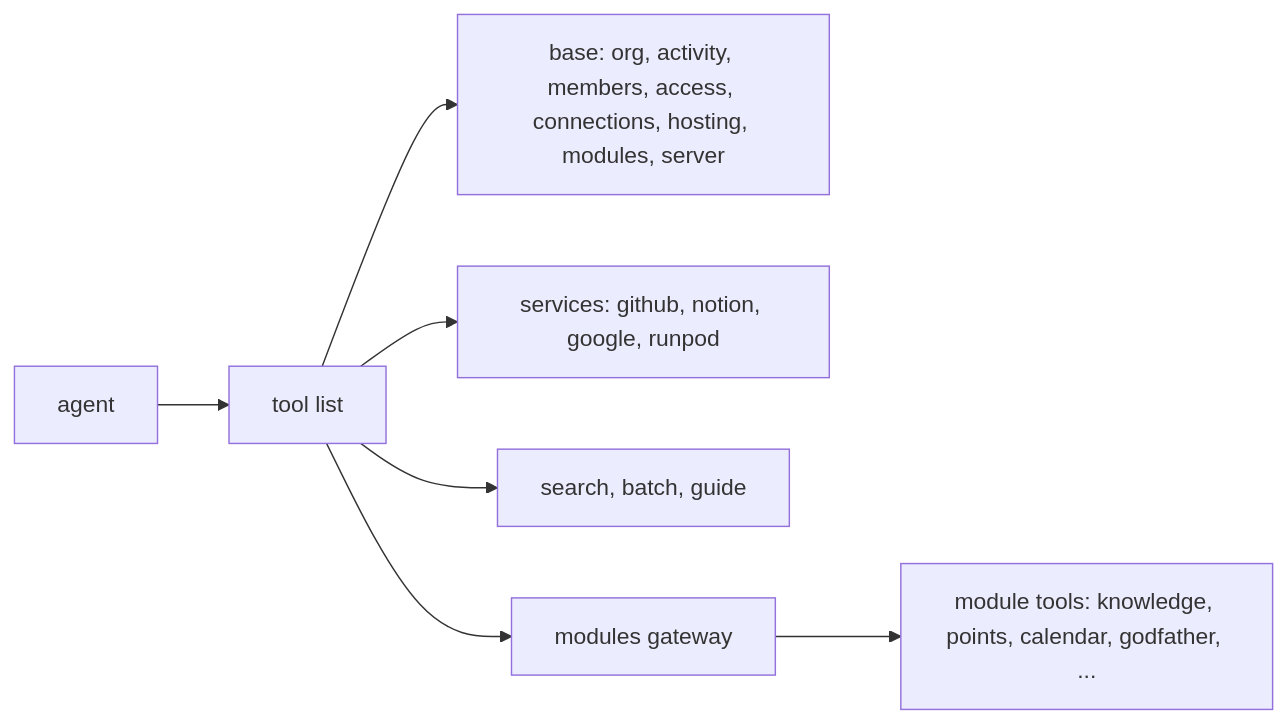
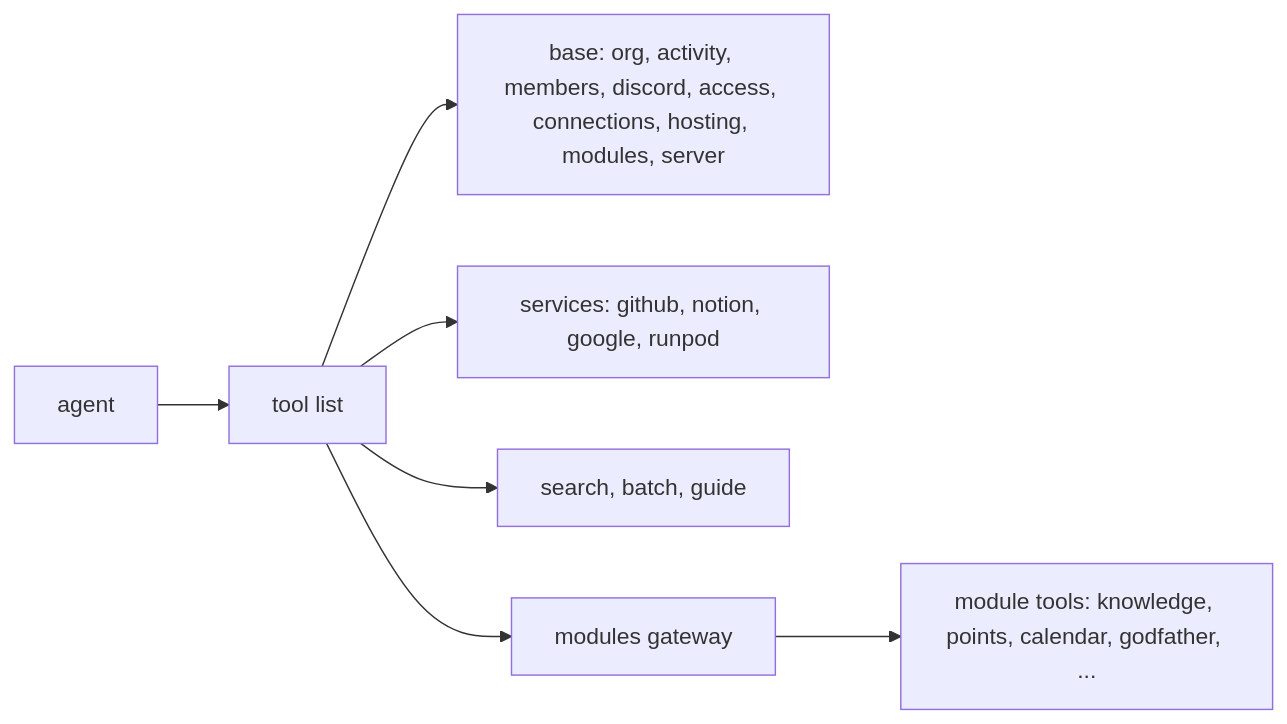
Before and after one commit to asusoda/platform: the diagram in skills/platform-mcp/SKILL.md, drawn with Mermaid. The commit also changed other lines of this file and 11 other files, not shown here.

````diff
--- a/skills/platform-mcp/SKILL.md
+++ b/skills/platform-mcp/SKILL.md
@@ -17,9 +17,9 @@
 ```mermaid
 flowchart LR
   A[agent] --> L[tool list]
-  L --> B[base: org, activity, members, access, connections, hosting, modules, server]
+  L --> B[base: org, activity, members, discord, access, connections, hosting, modules, server]
   L --> S[services: github, notion, google, runpod]
   L --> T[search, batch, guide]
   L --> G[modules gateway]
   G --> M[module tools: knowledge, points, calendar, godfather, ...]
 ```
````
